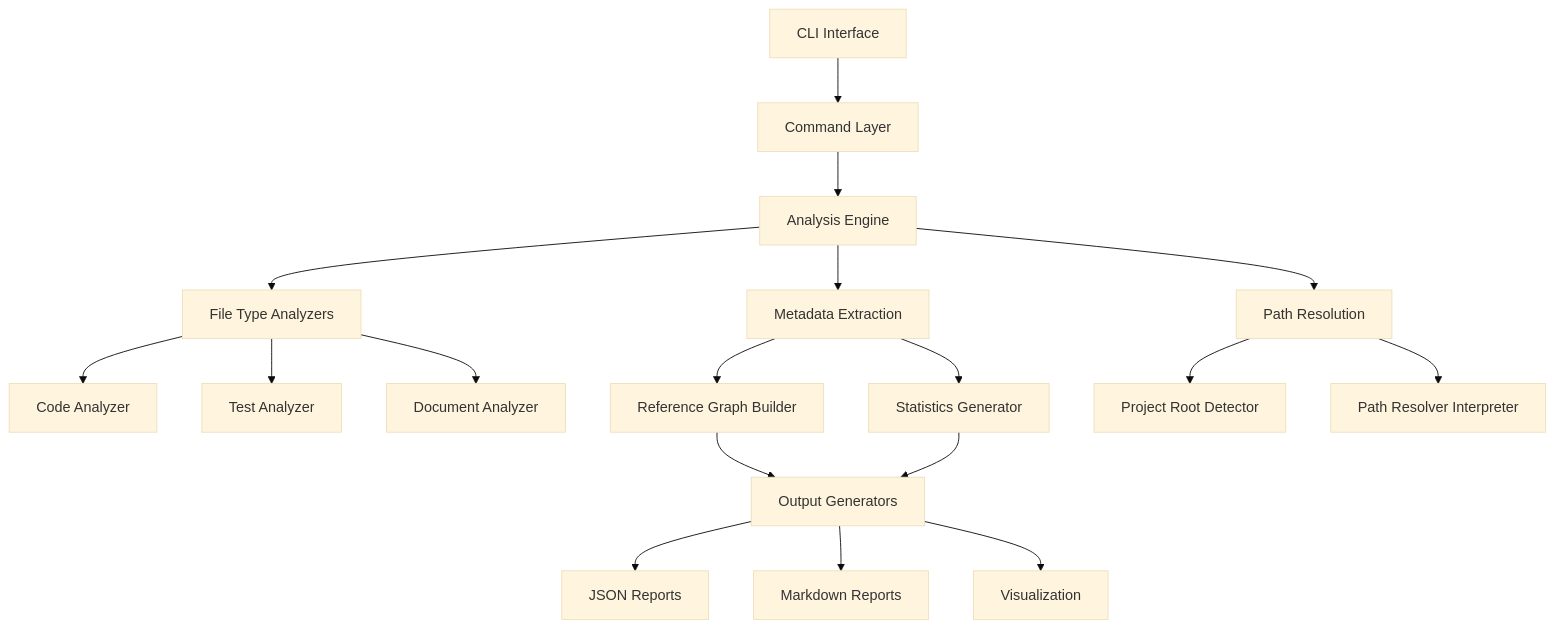
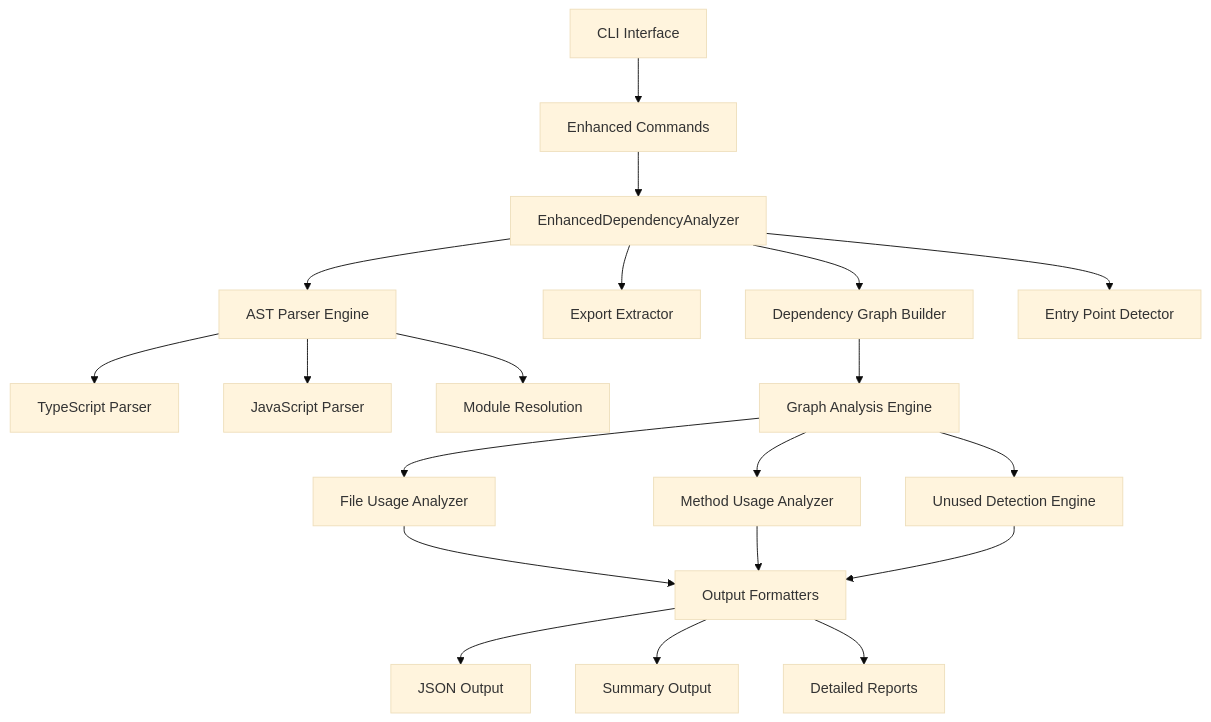
The first of 5 diagrams in docs/ARCHITECTURE.md (mineclover/deps-cli), drawn with Mermaid (base theme) before and after one commit. The commit also changed other lines of this file and 41 other files, not shown here.

````diff
--- a/docs/ARCHITECTURE.md
+++ b/docs/ARCHITECTURE.md
@@ -11,24 +21,27 @@
 ```mermaid
 graph TD
-    A[CLI Interface] --> B[Command Layer]
-    B --> C[Analysis Engine]
-    C --> D[File Type Analyzers]
-    C --> E[Path Resolution]
-    C --> F[Metadata Extraction]
+    A[CLI Interface] --> B[Enhanced Commands]
+    B --> C[EnhancedDependencyAnalyzer]
 
-    D --> D1[Code Analyzer]
-    D --> D2[Test Analyzer]
-    D --> D3[Document Analyzer]
+    C --> D[AST Parser Engine]
+    C --> E[Export Extractor]
+    C --> F[Dependency Graph Builder]
+    C --> G[Entry Point Detector]
 
-    F --> G[Reference Graph Builder]
-    F --> H[Statistics Generator]
+    D --> D1[TypeScript Parser]
+    D --> D2[JavaScript Parser]
+    D --> D3[Module Resolution]
 
-    E --> I[Project Root Detector]
-    E --> J[Path Resolver Interpreter]
+    F --> H[Graph Analysis Engine]
+    H --> I[File Usage Analyzer]
+    H --> J[Method Usage Analyzer]
+    H --> K[Unused Detection Engine]
 
-    G --> K[Output Generators]
-    H --> K
-    K --> L[JSON Reports]
-    K --> M[Markdown Reports]
-    K --> N[Visualization]
+    I --> L[Output Formatters]
+    J --> L
+    K --> L
+
+    L --> M[JSON Output]
+    L --> N[Summary Output]
+    L --> O[Detailed Reports]
 ```
````
